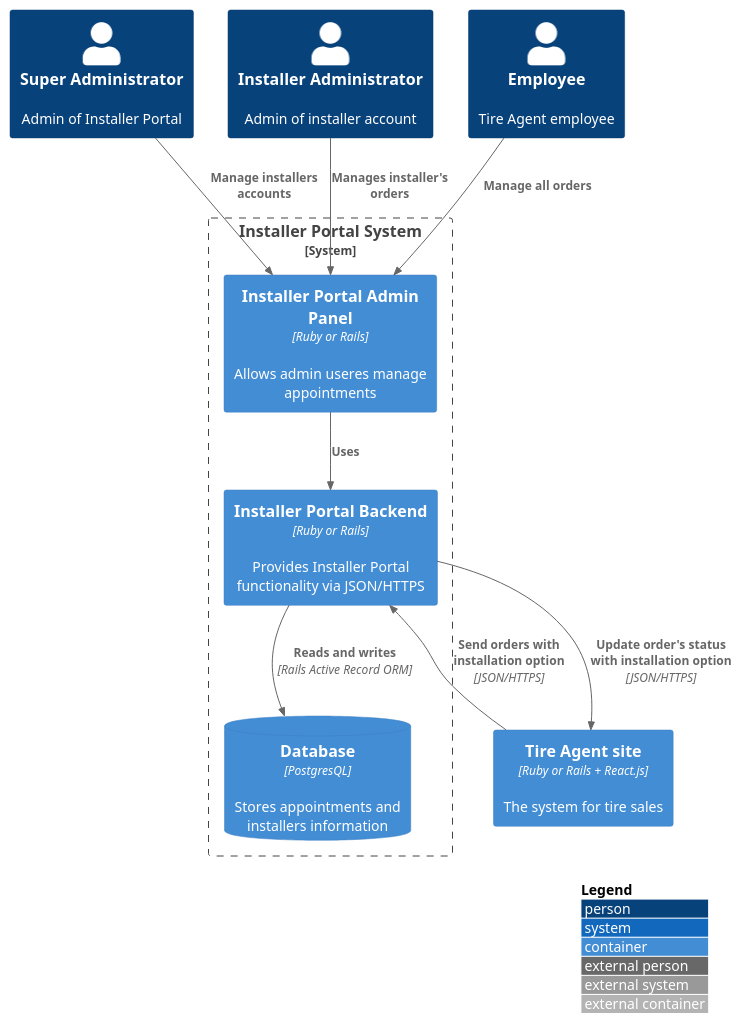
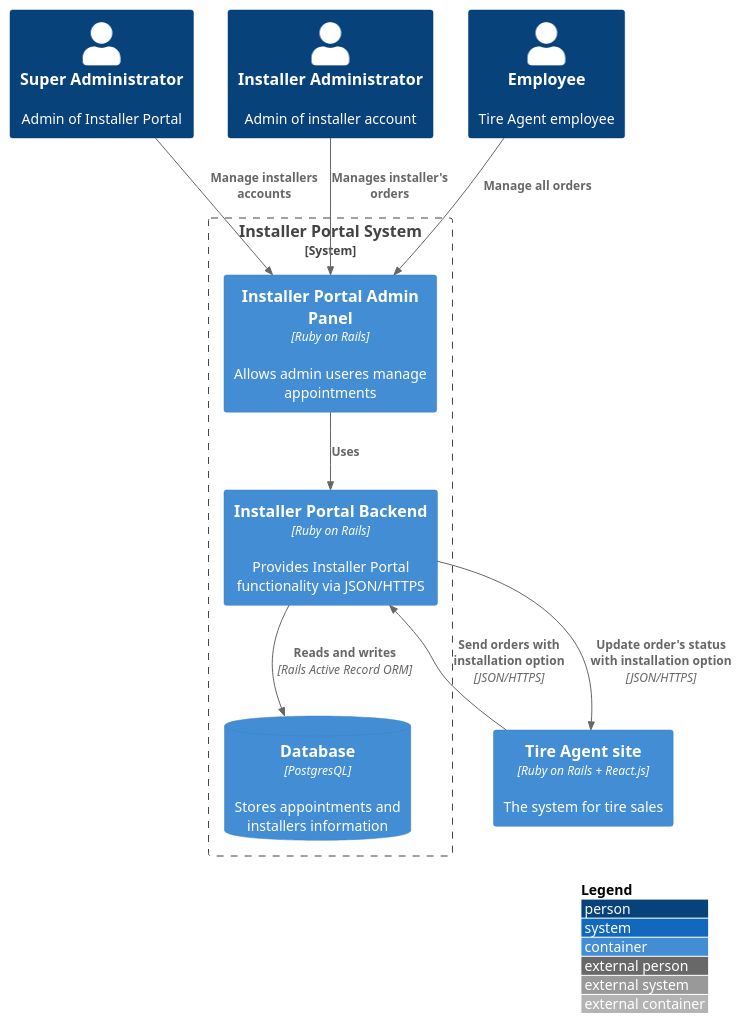
The diagram in src/1.4 Diagrams for TireAgent Installers Portal/1.4.2 Containers Diagram/context.puml (artsiomivanets/docs), drawn with PlantUML before and after one commit. The commit also changed 60 other files, not shown here.

```diff
--- a/src/1.4 Diagrams for TireAgent Installers Portal/1.4.2 Containers Diagram/context.puml
+++ b/src/1.4 Diagrams for TireAgent Installers Portal/1.4.2 Containers Diagram/context.puml
@@ -1,25 +1,25 @@
 @startuml
 !include https://raw.githubusercontent.com/adrianvlupu/C4-PlantUML/latest/C4_Container.puml
 
 LAYOUT_WITH_LEGEND()
 
 Person(super_admin, "Super Administrator", "Admin of Installer Portal")
 Person(installer_admin, "Installer Administrator", "Admin of installer account")
 Person(employee, "Employee", "Tire Agent employee")
-Container(ta, "Tire Agent site", "Ruby or Rails + React.js", "The system for tire sales")
+Container(ta, "Tire Agent site", "Ruby on Rails + React.js", "The system for tire sales")
 
 System_Boundary(pp_system, "Installer Portal System") {
-    Container(ip_be_app, "Installer Portal Backend", "Ruby or Rails", "Provides Installer Portal functionality via JSON/HTTPS")
-    Container(ip_admin_panel, "Installer Portal Admin Panel", "Ruby or Rails", "Allows admin useres manage appointments")
+    Container(ip_be_app, "Installer Portal Backend", "Ruby on Rails", "Provides Installer Portal functionality via JSON/HTTPS")
+    Container(ip_admin_panel, "Installer Portal Admin Panel", "Ruby on Rails", "Allows admin useres manage appointments")
     ContainerDb(db, "Database", "PostgresQL", "Stores appointments and installers information")
 }
 
 Rel(super_admin, ip_admin_panel, "Manage installers accounts")
 Rel(installer_admin, ip_admin_panel, "Manages installer's orders")
 Rel(employee, ip_admin_panel, "Manage all orders")
 Rel(ip_be_app, db, "Reads and writes", "Rails Active Record ORM")
 Rel(ip_admin_panel, ip_be_app, "Uses")
 Rel(ta, ip_be_app, "Send orders with installation option", "JSON/HTTPS")
 Rel(ip_be_app, ta, "Update order's status with installation option", "JSON/HTTPS")
 
 @enduml
```
